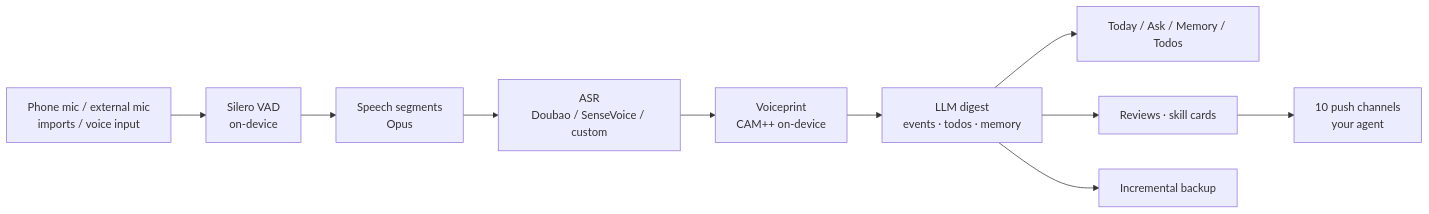
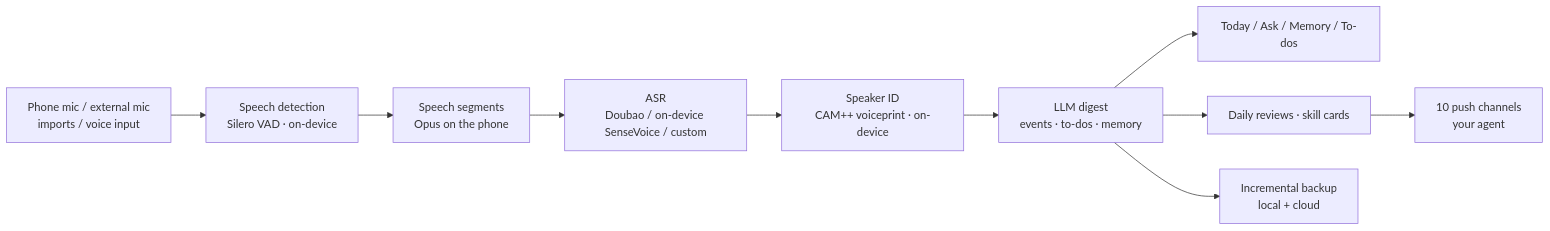
One commit to 0xCoach/TaoSheng changed the diagram in README_EN.md. Above: the diagram before and after it, drawn with Mermaid. The commit also changed other lines of this file and 4 other files, not shown here.

````diff
--- a/README_EN.md
+++ b/README_EN.md
@@ -225,12 +247,12 @@
 ```mermaid
 flowchart LR
-    A[Phone mic / external mic<br>imports / voice input] --> B[Silero VAD<br>on-device]
-    B --> C[Speech segments<br>Opus]
-    C --> D[ASR<br>Doubao / SenseVoice / custom]
-    D --> E[Voiceprint<br>CAM++ on-device]
-    E --> F[LLM digest<br>events · todos · memory]
-    F --> G[Today / Ask / Memory / Todos]
-    F --> H[Reviews · skill cards]
+    A[Phone mic / external mic<br>imports / voice input] --> B[Speech detection<br>Silero VAD · on-device]
+    B --> C[Speech segments<br>Opus on the phone]
+    C --> D[ASR<br>Doubao / on-device SenseVoice / custom]
+    D --> E[Speaker ID<br>CAM++ voiceprint · on-device]
+    E --> F[LLM digest<br>events · to-dos · memory]
+    F --> G[Today / Ask / Memory / To-dos]
+    F --> H[Daily reviews · skill cards]
     H --> I[10 push channels<br>your agent]
-    F --> J[Incremental backup]
+    F --> J[Incremental backup<br>local + cloud]
 ```
````
